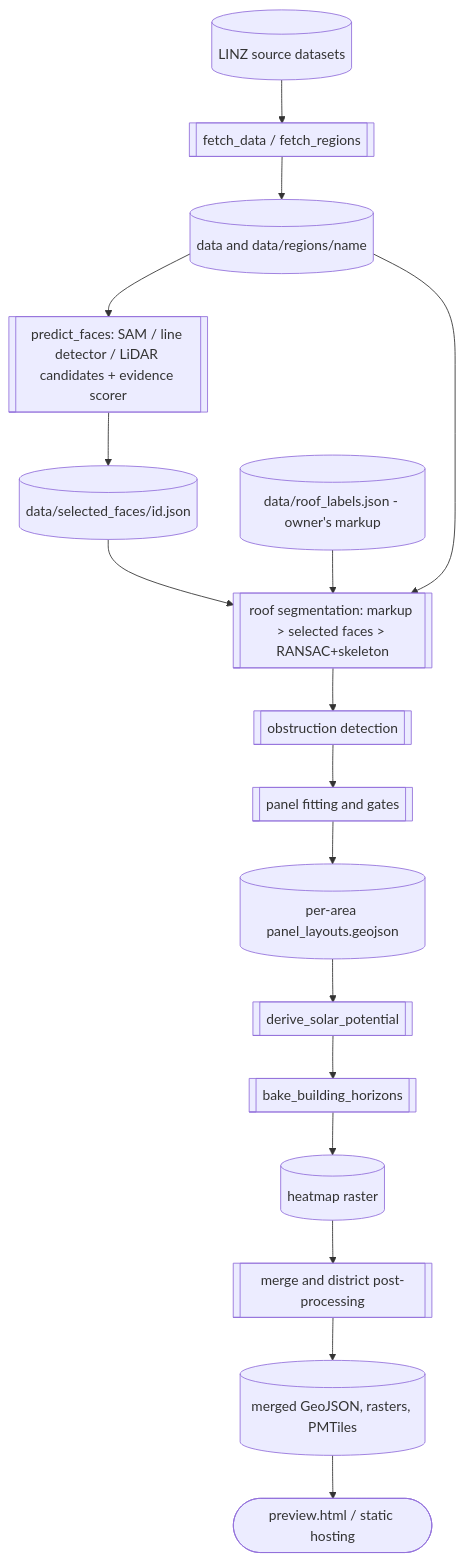
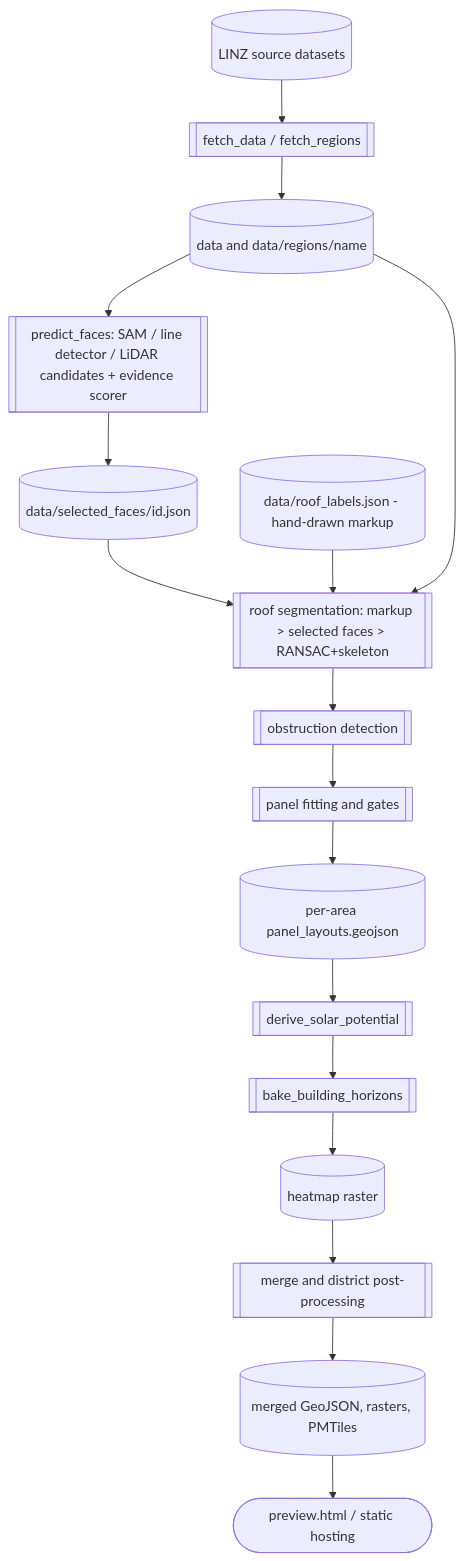
One commit to rewiring-nz/nz-solar-potential changed the diagram in docs/developers/architecture.md. Above: the diagram before and after it, drawn with Mermaid. The commit also changed 122 other files, not shown here.

````diff
--- a/docs/developers/architecture.md
+++ b/docs/developers/architecture.md
@@ -16,19 +16,19 @@
 ```mermaid
 flowchart TB
   LINZ[(LINZ source datasets)] --> Fetch[[fetch_data / fetch_regions]]
   Fetch --> Inputs[(data and data/regions/name)]
   Inputs --> Vision[[predict_faces: SAM / line detector / LiDAR candidates + evidence scorer]]
   Vision --> Selected[(data/selected_faces/id.json)]
   Selected --> Segment
-  Labels[(data/roof_labels.json - owner's markup)] --> Segment
+  Labels[(data/roof_labels.json - hand-drawn markup)] --> Segment
   Inputs --> Segment[[roof segmentation: markup > selected faces > RANSAC+skeleton]]
   Segment --> Detect[[obstruction detection]]
   Detect --> Fit[[panel fitting and gates]]
   Fit --> Layouts[(per-area panel_layouts.geojson)]
   Layouts --> Derive[[derive_solar_potential]]
   Derive --> Horizon[[bake_building_horizons]]
   Horizon --> Raster[(heatmap raster)]
   Raster --> Merge[[merge and district post-processing]]
   Merge --> Outputs[(merged GeoJSON, rasters, PMTiles)]
   Outputs --> Map([preview.html / static hosting])
 ```
````
